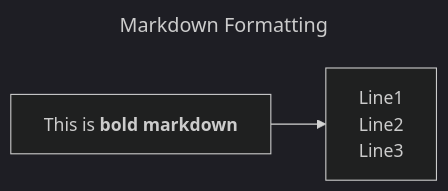
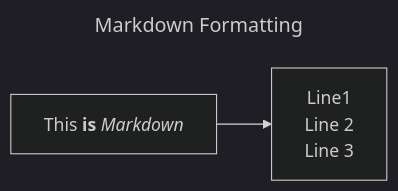
Before and after one commit to ranggakd/mermaid_example: the fifth of 10 diagrams in basic_node.md, drawn with Mermaid (dark theme).

Commit message:
fix markdown formatting

````diff
--- a/basic_node.md
+++ b/basic_node.md
@@ -47,13 +47,13 @@
 ```mermaid
 ---
 title: Markdown Formatting
 ---
 
-graph LR
-    markdown["`This is __bold markdown__`"]
+%%{init: {"flowchart": {"htmlLabels": false}} }%%
+flowchart LR
+    markdown["`This **is** _Markdown_`"]
     newLines["`Line1
-    Line2
-    Line3`"]
-
+    Line 2
+    Line 3`"]
     markdown --> newLines
 ```
````
